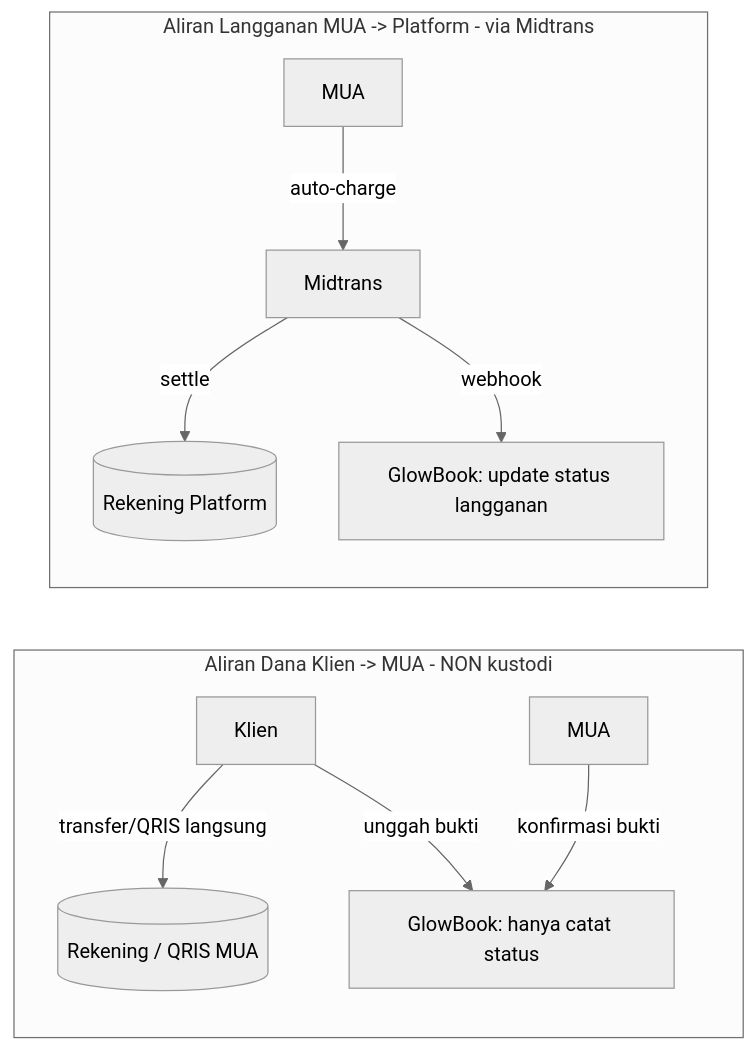
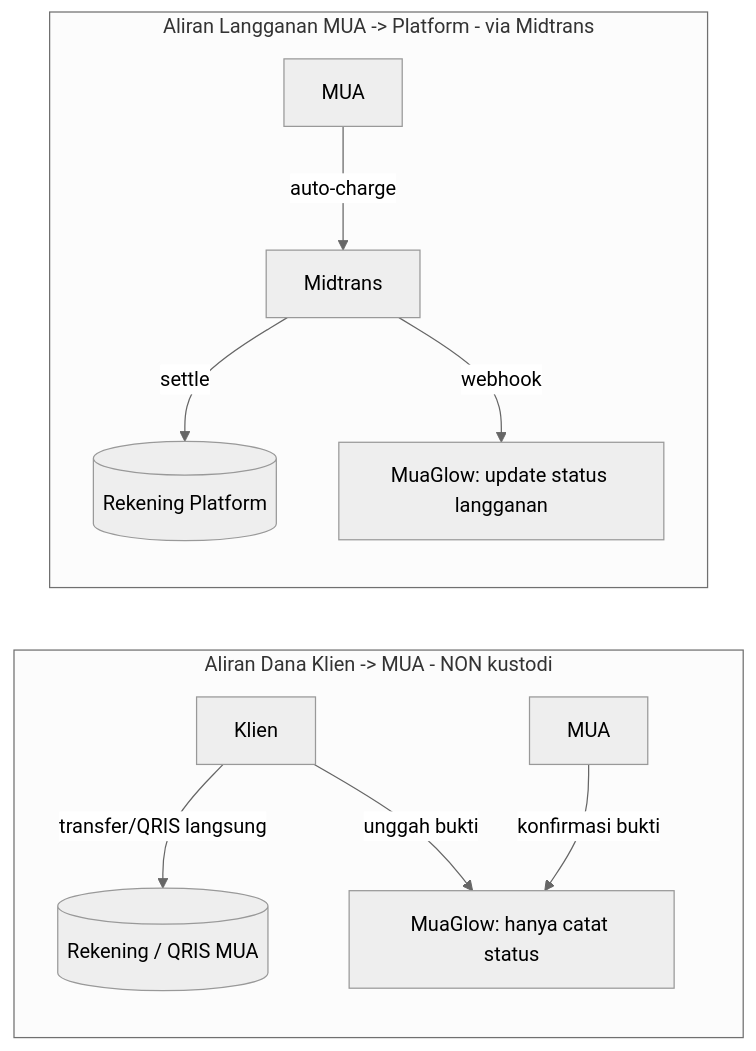
One commit to Marchelinoraco/mua changed the first of 4 diagrams in PRD-MUA-SaaS.md. Above: the diagram before and after it, drawn with Mermaid (neutral theme). The commit also changed other lines of this file and 5 other files, not shown here.

Commit message:
docs(rebrand): GlowBook → MuaGlow di BRD, PRD, dan seluruh docs/

````diff
--- a/PRD-MUA-SaaS.md
+++ b/PRD-MUA-SaaS.md
@@ -76,13 +76,13 @@
 ```mermaid
 flowchart LR
   subgraph KLIEN[Aliran Dana Klien -> MUA  - NON kustodi]
     K[Klien] -- transfer/QRIS langsung --> RM[(Rekening / QRIS MUA)]
-    K -- unggah bukti --> GB1[GlowBook: hanya catat status]
+    K -- unggah bukti --> GB1[MuaGlow: hanya catat status]
     MUA -- konfirmasi bukti --> GB1
   end
   subgraph LANGGANAN[Aliran Langganan MUA -> Platform - via Midtrans]
     MUA2[MUA] -- auto-charge --> MT[Midtrans]
     MT -- settle --> RP[(Rekening Platform)]
-    MT -- webhook --> GB2[GlowBook: update status langganan]
+    MT -- webhook --> GB2[MuaGlow: update status langganan]
   end
 ```
````
